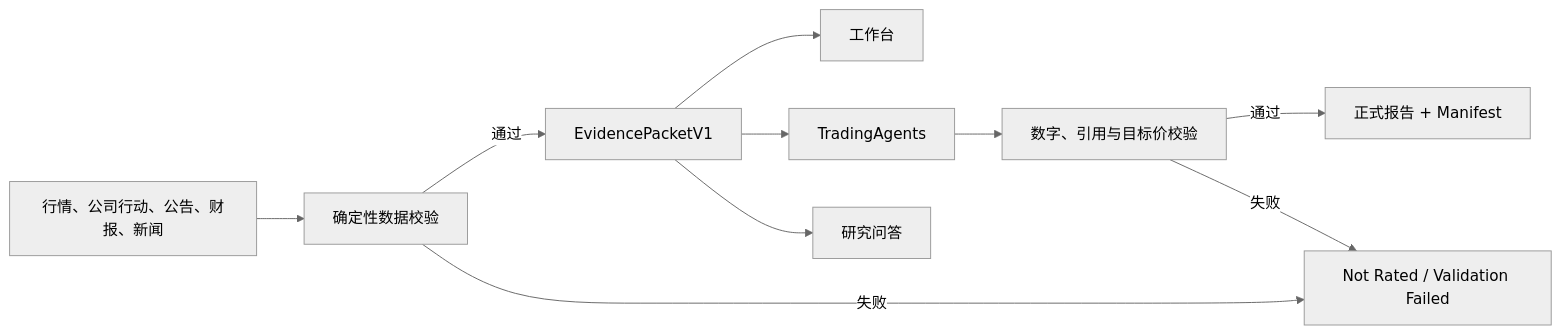
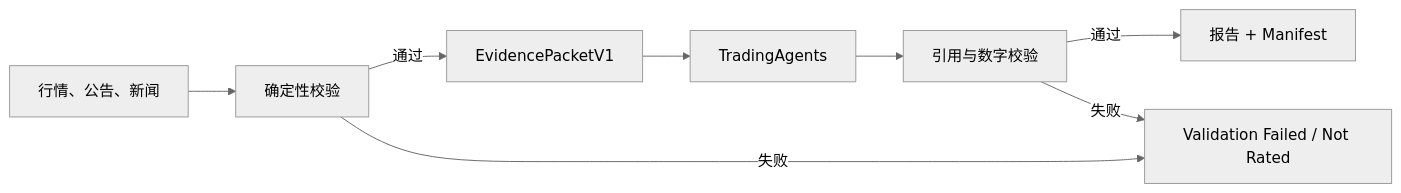
The third of 3 diagrams in README.md (gaaiyun/TradingWorkbench), drawn with Mermaid (neutral theme) before and after one commit. The commit also changed other lines of this file and 4 other files, not shown here.

````diff
--- a/README.md
+++ b/README.md
@@ -165,12 +162,10 @@
 ```mermaid
 flowchart LR
-    S["行情、公司行动、公告、财报、新闻"] --> V["确定性数据校验"]
+    S["行情、公告、新闻"] --> V["确定性校验"]
     V -->|"通过"| E["EvidencePacketV1"]
-    V -->|"失败"| N["Not Rated / Validation Failed"]
-    E --> UI["工作台"]
-    E --> A["TradingAgents"]
-    E --> Q["研究问答"]
-    A --> C["数字、引用与目标价校验"]
-    C -->|"通过"| R["正式报告 + Manifest"]
+    V -->|"失败"| N["Validation Failed / Not Rated"]
+    E --> T["TradingAgents"]
+    T --> C["引用与数字校验"]
+    C -->|"通过"| R["报告 + Manifest"]
     C -->|"失败"| N
 ```
````
